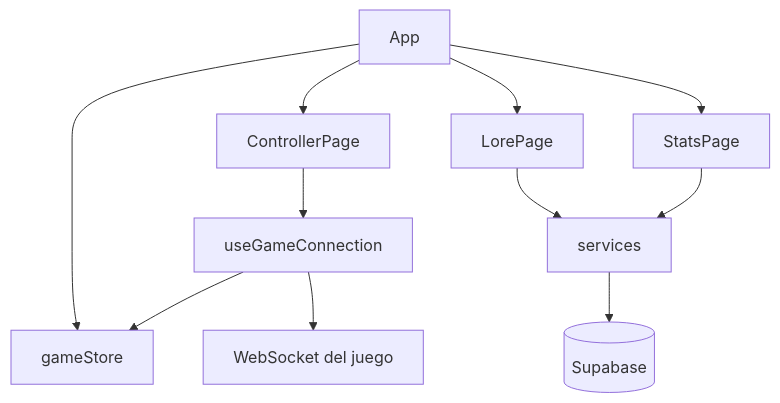
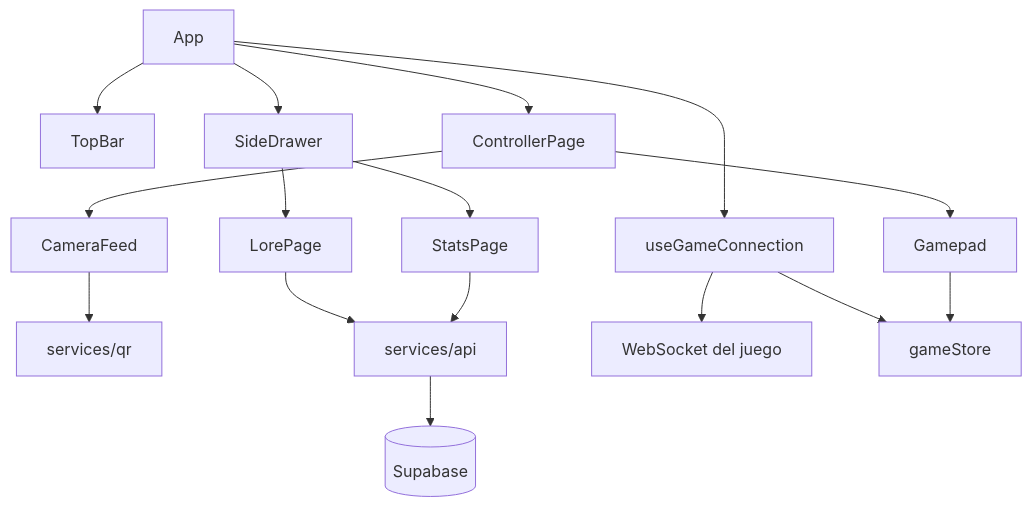
Before and after one commit to Elmuuquienmas/PWAKimaya: the eighth of 8 diagrams in README.md, drawn with Mermaid. The commit also changed other lines of this file, not shown here.

````diff
--- a/README.md
+++ b/README.md
@@ -334,13 +365,18 @@
 ```mermaid
 flowchart TB
-  App --> store[gameStore]
+  App --> TopBar
   App --> ControllerPage
-  App --> LorePage
-  App --> StatsPage
-  ControllerPage --> hook[useGameConnection]
-  hook --> ws[WebSocket del juego]
-  hook --> store
-  LorePage --> api[services]
+  App --> SideDrawer
+  SideDrawer --> LorePage
+  SideDrawer --> StatsPage
+  ControllerPage --> Gamepad
+  ControllerPage --> CameraFeed
+  CameraFeed --> qr[services/qr]
+  LorePage --> api[services/api]
   StatsPage --> api
   api --> db[(Supabase)]
+  App --> hook[useGameConnection]
+  hook --> ws[WebSocket del juego]
+  hook --> store[gameStore]
+  Gamepad --> store
 ```
````
